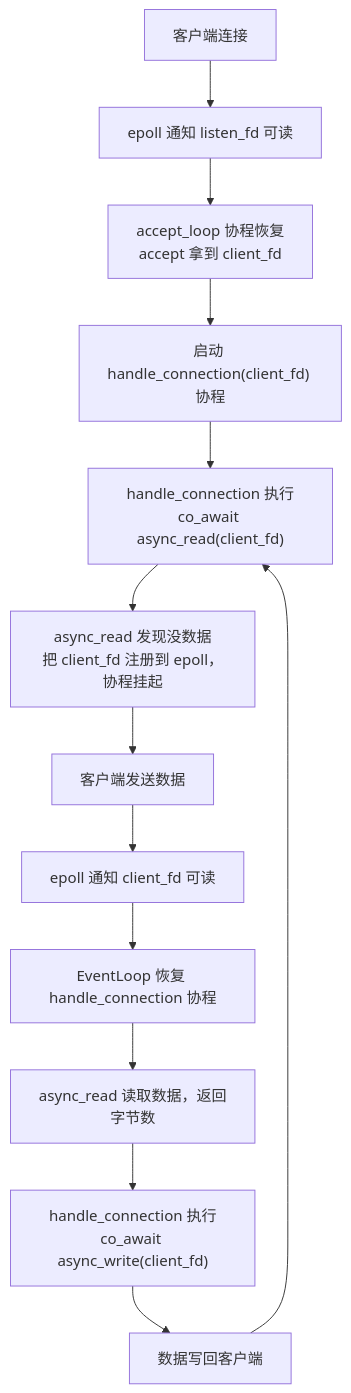
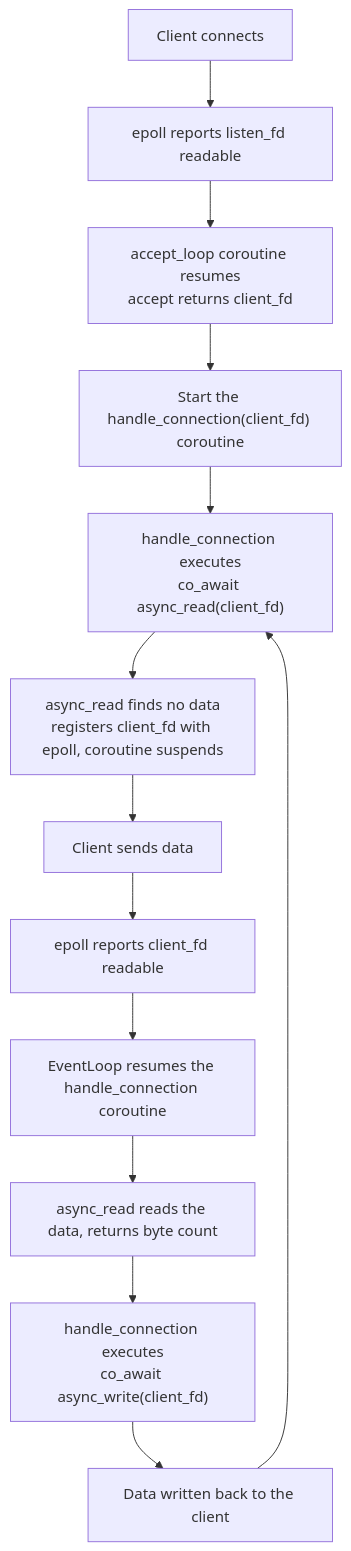
One commit to Awesome-Embedded-Learning-Studio/Tutorial_AwesomeModernCPP changed the diagram in documents/en/vol5-concurrency/ch06-async-io-coroutine/05-coroutine-echo-server.md. Above: the diagram before and after it, drawn with Mermaid. The commit also changed other lines of this file and 605 other files, not shown here.

````diff
--- a/documents/en/vol5-concurrency/ch06-async-io-coroutine/05-coroutine-echo-server.md
+++ b/documents/en/vol5-concurrency/ch06-async-io-coroutine/05-coroutine-echo-server.md
@@ -61,15 +61,15 @@
 ```mermaid
 flowchart TD
-    A["客户端连接"] --> B["epoll 通知 listen_fd 可读"]
-    B --> C["accept_loop 协程恢复<br/>accept 拿到 client_fd"]
-    C --> D["启动 handle_connection(client_fd) 协程"]
-    D --> E["handle_connection 执行<br/>co_await async_read(client_fd)"]
-    E --> F["async_read 发现没数据<br/>把 client_fd 注册到 epoll，协程挂起"]
-    F --> G["客户端发送数据"]
-    G --> H["epoll 通知 client_fd 可读"]
-    H --> I["EventLoop 恢复 handle_connection 协程"]
-    I --> J["async_read 读取数据，返回字节数"]
-    J --> K["handle_connection 执行<br/>co_await async_write(client_fd)"]
-    K --> L["数据写回客户端"]
+    A["Client connects"] --> B["epoll reports listen_fd readable"]
+    B --> C["accept_loop coroutine resumes<br/>accept returns client_fd"]
+    C --> D["Start the handle_connection(client_fd) coroutine"]
+    D --> E["handle_connection executes<br/>co_await async_read(client_fd)"]
+    E --> F["async_read finds no data<br/>registers client_fd with epoll, coroutine suspends"]
+    F --> G["Client sends data"]
+    G --> H["epoll reports client_fd readable"]
+    H --> I["EventLoop resumes the handle_connection coroutine"]
+    I --> J["async_read reads the data, returns byte count"]
+    J --> K["handle_connection executes<br/>co_await async_write(client_fd)"]
+    K --> L["Data written back to the client"]
     L --> E
 ```
````
